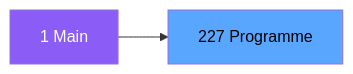
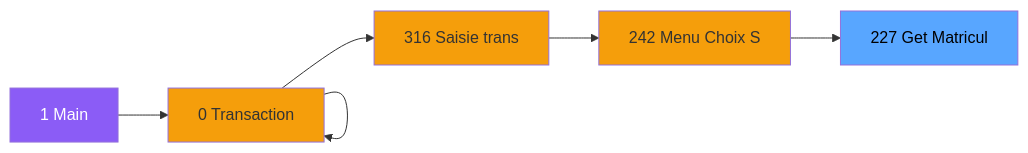
Before and after one commit to thonyAGP/magic-migration: the second of 3 diagrams in .openspec/specs/ADH-IDE-227.md, drawn with Mermaid. The commit also changed other lines of this file and 323 other files, not shown here.

````diff
--- a/.openspec/specs/ADH-IDE-227.md
+++ b/.openspec/specs/ADH-IDE-227.md
@@ -98,8 +106,23 @@
 ```mermaid
 graph LR
     M[1 Main]
-    T[227 Programme]
-    M --> T
+    N0[0 Transaction ]
+    N0[0 Transaction ]
+    N0[0 Transaction ]
+    N316[316 Saisie trans]
+    N242[242 Menu Choix S]
+    T[227 Get Matricul]
+    M --> N0
+    N0 --> N0
+    N0 --> N0
+    N0 --> N316
+    N316 --> N242
+    N242 --> T
     style M fill:#8b5cf6,color:#fff
+    style N0 fill:#f59e0b
+    style N0 fill:#f59e0b
+    style N0 fill:#f59e0b
+    style N316 fill:#f59e0b
+    style N242 fill:#f59e0b
     style T fill:#58a6ff,color:#000
 ```
````
